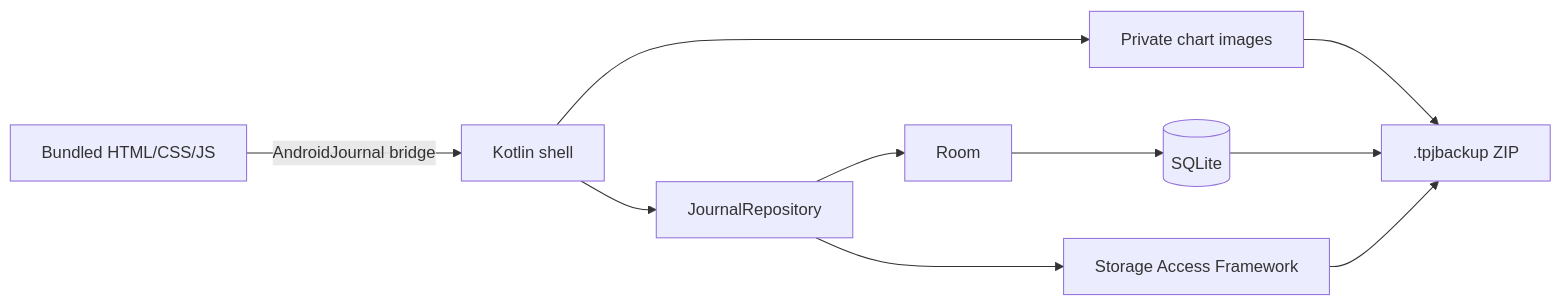
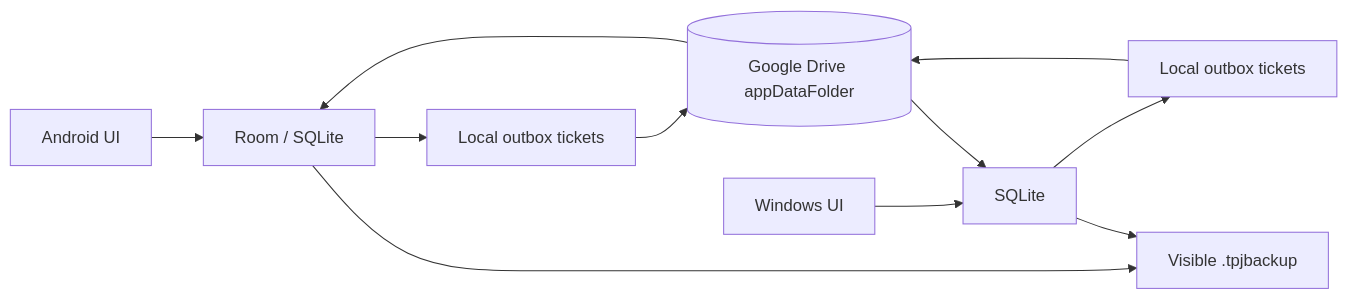
One commit to rahmatmaul/trading-pnl-journal-android changed the diagram in README.md. Above: the diagram before and after it, drawn with Mermaid. The commit also changed other lines of this file and 31 other files, not shown here.

````diff
--- a/README.md
+++ b/README.md
@@ -122,12 +154,13 @@
 ```mermaid
 flowchart LR
-    UI[Bundled HTML/CSS/JS] -->|AndroidJournal bridge| K[Kotlin shell]
-    K --> R[JournalRepository]
-    R --> ROOM[Room]
-    ROOM --> SQL[(SQLite)]
-    K --> IMG[Private chart images]
-    R --> SAF[Storage Access Framework]
-    IMG --> PKG[.tpjbackup ZIP]
-    SQL --> PKG
-    SAF --> PKG
+    A[Android UI] --> AR[Room / SQLite]
+    W[Windows UI] --> WS[SQLite]
+    AR --> AO[Local outbox tickets]
+    WS --> WO[Local outbox tickets]
+    AO --> D[(Google Drive appDataFolder)]
+    WO --> D
+    D --> AR
+    D --> WS
+    AR --> B[Visible .tpjbackup]
+    WS --> B
 ```
````
